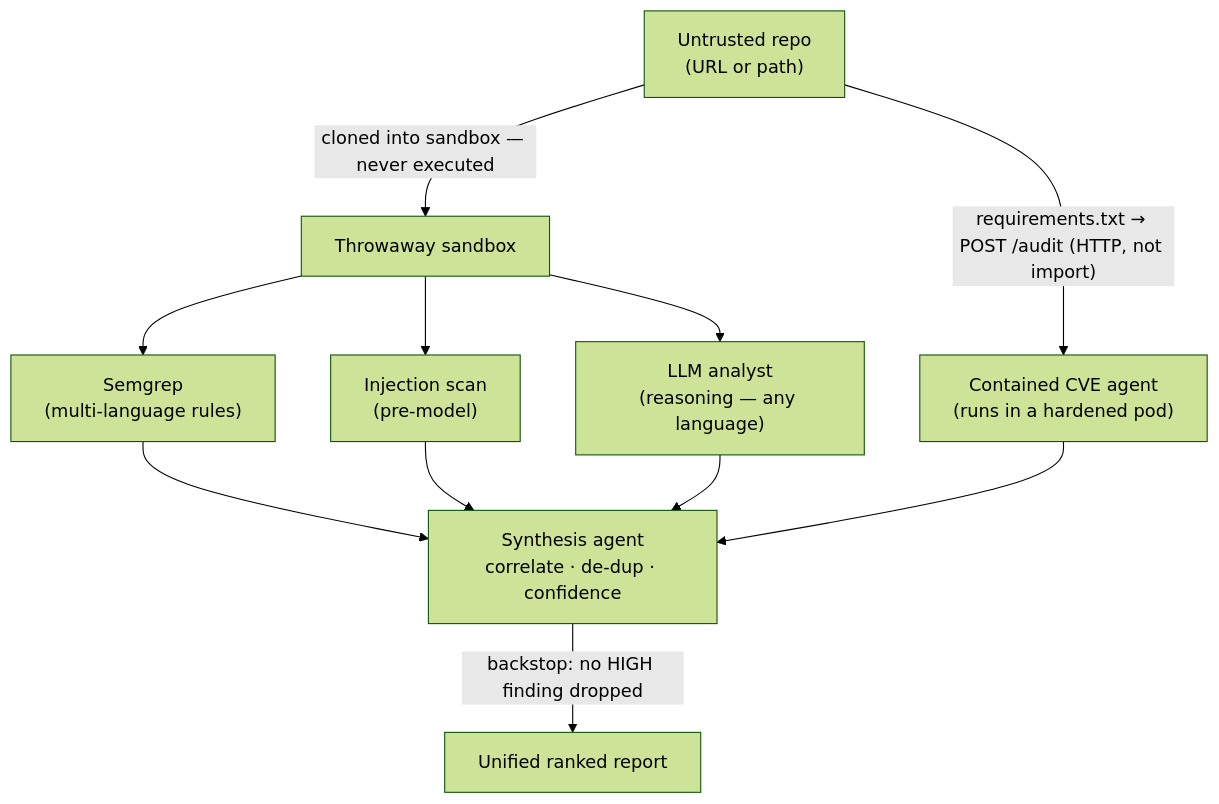
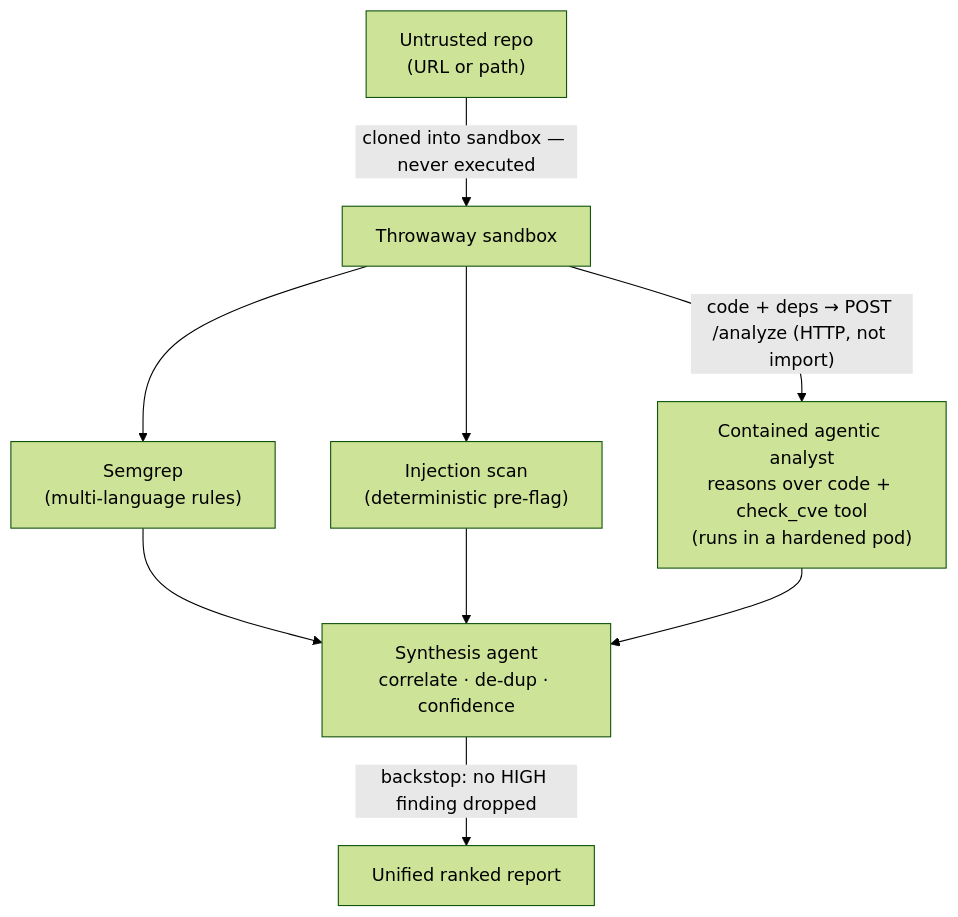
One commit to kent12112/codescan changed the first of 2 diagrams in README.md. Above: the diagram before and after it, drawn with Mermaid (forest theme). The commit also changed other lines of this file, not shown here.

Commit message:
Docs: reflect merged contained agentic analyst (code reasoning + tool use)

````diff
--- a/README.md
+++ b/README.md
@@ -54,13 +51,11 @@
 ```mermaid
 flowchart TD
     A["Untrusted repo<br/>(URL or path)"] -->|"cloned into sandbox — never executed"| B["Throwaway sandbox"]
     B --> C["Semgrep<br/>(multi-language rules)"]
-    B --> D["Injection scan<br/>(pre-model)"]
-    B --> E["LLM analyst<br/>(reasoning — any language)"]
-    A -->|"requirements.txt → POST /audit (HTTP, not import)"| H["Contained CVE agent<br/>(runs in a hardened pod)"]
+    B --> D["Injection scan<br/>(deterministic pre-flag)"]
+    B -->|"code + deps → POST /analyze (HTTP, not import)"| H["Contained agentic analyst<br/>reasons over code + check_cve tool<br/>(runs in a hardened pod)"]
     C --> F["Synthesis agent<br/>correlate · de-dup · confidence"]
     D --> F
-    E --> F
     H --> F
     F -->|"backstop: no HIGH finding dropped"| G["Unified ranked report"]
 ```
````
